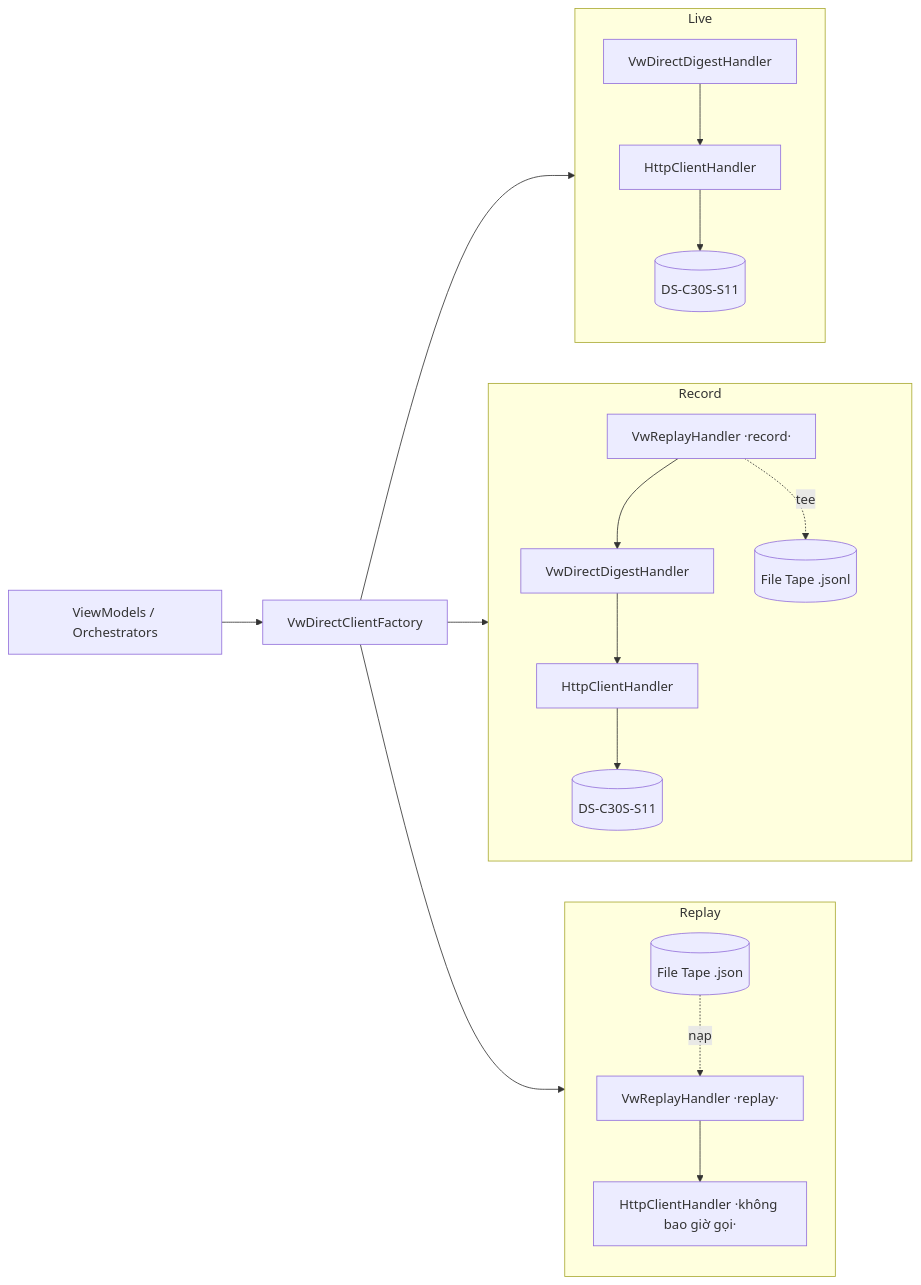
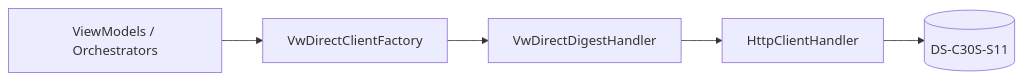
Before and after one commit to DatHoang29/ThienAn: the diagram in DocBusinessThienAn/HữuNghị-ChiLăng/VideoWall/videowall-record-replay.md, drawn with Mermaid. The commit also changed other lines of this file and 5 other files, not shown here.

````diff
--- a/DocBusinessThienAn/HữuNghị-ChiLăng/VideoWall/videowall-record-replay.md
+++ b/DocBusinessThienAn/HữuNghị-ChiLăng/VideoWall/videowall-record-replay.md
@@ -109,20 +55,7 @@
 ```mermaid
 flowchart LR
     VM[ViewModels / Orchestrators] --> Factory[VwDirectClientFactory]
-
-    subgraph Live
-        L1[VwDirectDigestHandler] --> L2[HttpClientHandler] --> DevL[(DS-C30S-S11)]
-    end
-    subgraph Record
-        R0[VwReplayHandler ·record·] --> R1[VwDirectDigestHandler] --> R2[HttpClientHandler] --> DevR[(DS-C30S-S11)]
-        R0 -.tee.-> TapeW[(File Tape .jsonl)]
-    end
-    subgraph Replay
-        P0[VwReplayHandler ·replay·] --> P2[HttpClientHandler ·không bao giờ gọi·]
-        TapeR[(File Tape .json)] -.nạp.-> P0
-    end
-
-    Factory --> Live
-    Factory --> Record
-    Factory --> Replay
+    Factory --> DH[VwDirectDigestHandler]
+    DH --> HH[HttpClientHandler]
+    HH --> Dev[(DS-C30S-S11)]
 ```
````
